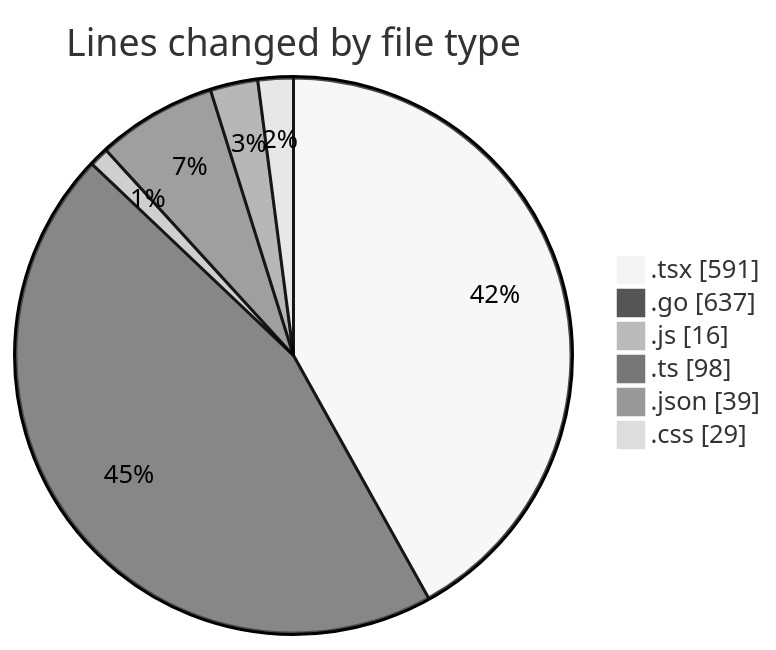
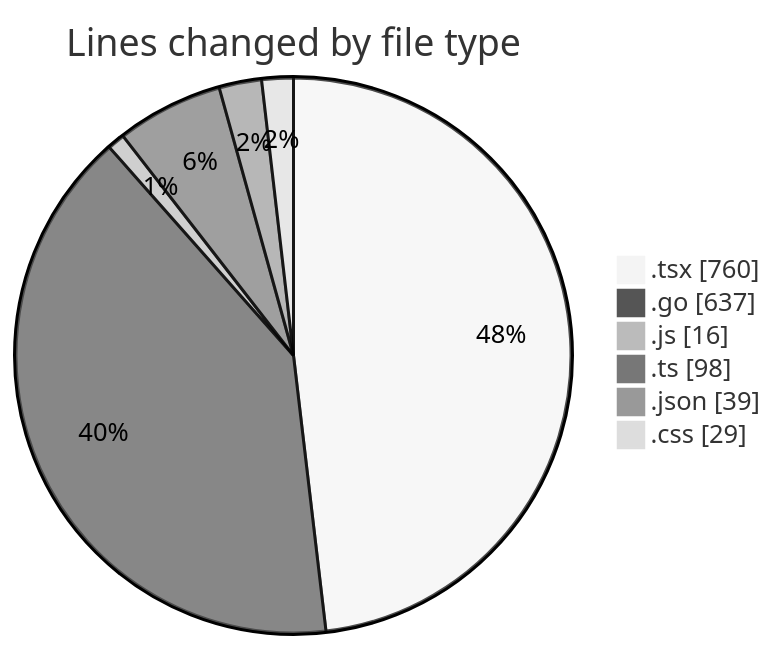
One commit to robertbonfada/code-tracking changed the first of 2 diagrams in 2025-03-04/termonied_testador/README.md. Above: the diagram before and after it, drawn with Mermaid (neutral theme). The commit also changed other lines of this file and 1 other file, not shown here.

````diff
--- a/2025-03-04/termonied_testador/README.md
+++ b/2025-03-04/termonied_testador/README.md
@@ -31,10 +33,10 @@
 ```mermaid
 pie showData
 title Lines changed by file type
-".tsx" : 591
+".tsx" : 760
 ".go" : 637
 ".js" : 16
 ".ts" : 98
 ".json" : 39
 ".css" : 29
 ```
````
